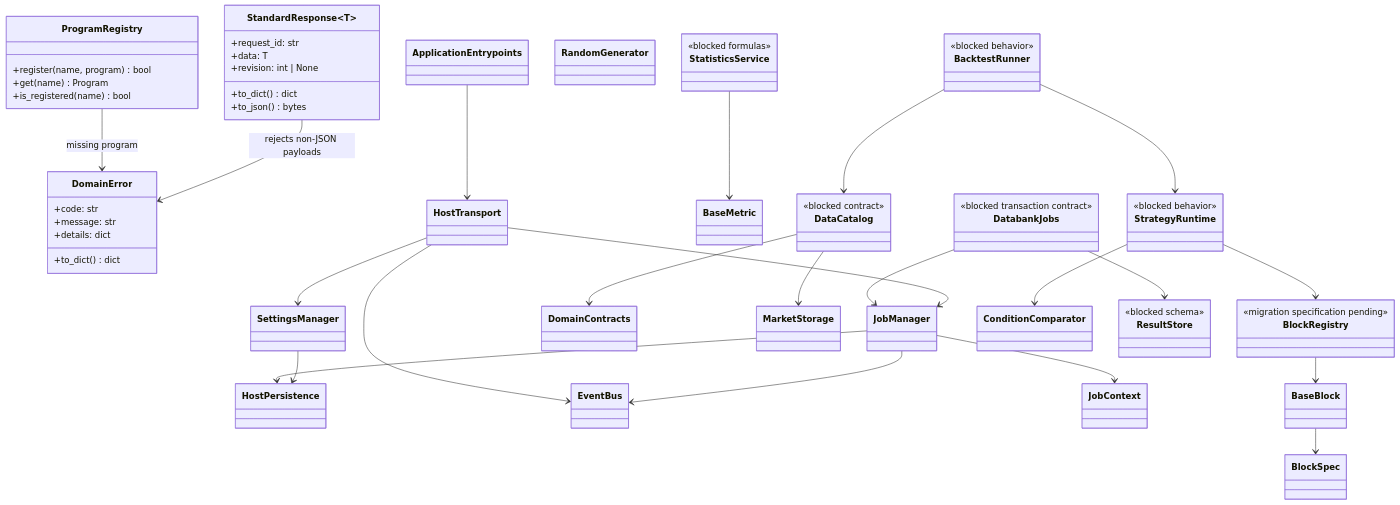
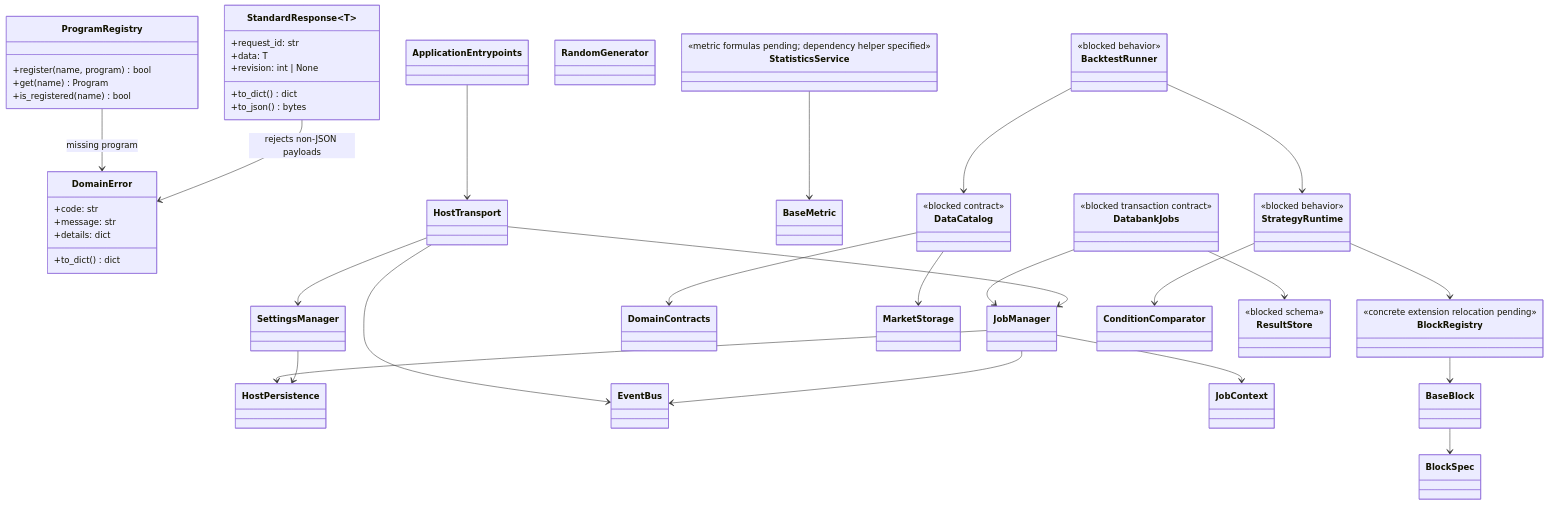
The diagram in docs/dev/full-reimplementation/01-AppCore.md (haruperi/HaruQuantAI), drawn with Mermaid before and after one commit. The commit also changed other lines of this file and 25 other files, not shown here.

````diff
--- a/docs/dev/full-reimplementation/01-AppCore.md
+++ b/docs/dev/full-reimplementation/01-AppCore.md
@@ -3,77 +3,77 @@
 ```mermaid
 classDiagram
   class DomainError {
     +code: str
     +message: str
     +details: dict
     +to_dict() dict
   }
   class StandardResponse~T~ {
     +request_id: str
     +data: T
     +revision: int | None
     +to_dict() dict
     +to_json() bytes
   }
   class ProgramRegistry {
     +register(name, program) bool
     +get(name) Program
     +is_registered(name) bool
   }
   StandardResponse --> DomainError : rejects non-JSON payloads
   ProgramRegistry --> DomainError : missing program
   class HostPersistence
   class SettingsManager
   class EventBus
   class JobManager
   class JobContext
   class HostTransport
   class ApplicationEntrypoints
   class DomainContracts
   class MarketStorage
   class BlockSpec
   class BaseBlock
   class BlockRegistry {
-    <<migration specification pending>>
+    <<concrete extension relocation pending>>
   }
   class ConditionComparator
   class BaseMetric
   class RandomGenerator
   class DataCatalog {
     <<blocked contract>>
   }
   class StrategyRuntime {
     <<blocked behavior>>
   }
   class BacktestRunner {
     <<blocked behavior>>
   }
   class StatisticsService {
-    <<blocked formulas>>
+    <<metric formulas pending; dependency helper specified>>
   }
   class ResultStore {
     <<blocked schema>>
   }
   class DatabankJobs {
     <<blocked transaction contract>>
   }
   SettingsManager --> HostPersistence
   JobManager --> HostPersistence
   JobManager --> EventBus
   JobManager --> JobContext
   HostTransport --> SettingsManager
   HostTransport --> JobManager
   HostTransport --> EventBus
   ApplicationEntrypoints --> HostTransport
   BaseBlock --> BlockSpec
   BlockRegistry --> BaseBlock
   DataCatalog --> MarketStorage
   DataCatalog --> DomainContracts
   StrategyRuntime --> BlockRegistry
   StrategyRuntime --> ConditionComparator
   BacktestRunner --> StrategyRuntime
   BacktestRunner --> DataCatalog
   StatisticsService --> BaseMetric
   DatabankJobs --> JobManager
   DatabankJobs --> ResultStore
 ```
````
